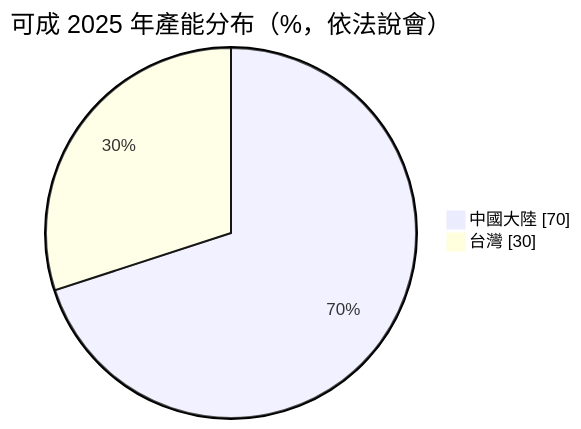
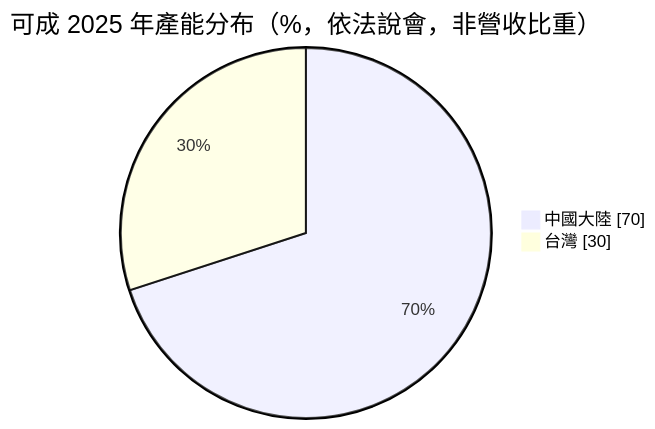
The first of 4 diagrams in 個股/台股/2474可成.md (wangnick1004/taiwan-stock-vault), drawn with Mermaid before and after one commit. The commit also changed other lines of this file and 19 other files, not shown here.

````diff
--- a/個股/台股/2474可成.md
+++ b/個股/台股/2474可成.md
@@ -56,6 +53,6 @@
 ```mermaid
 pie showData
-    title 可成 2025 年產能分布（%，依法說會）
+    title 可成 2025 年產能分布（%，依法說會，非營收比重）
     "中國大陸" : 70
     "台灣" : 30
 ```
````
